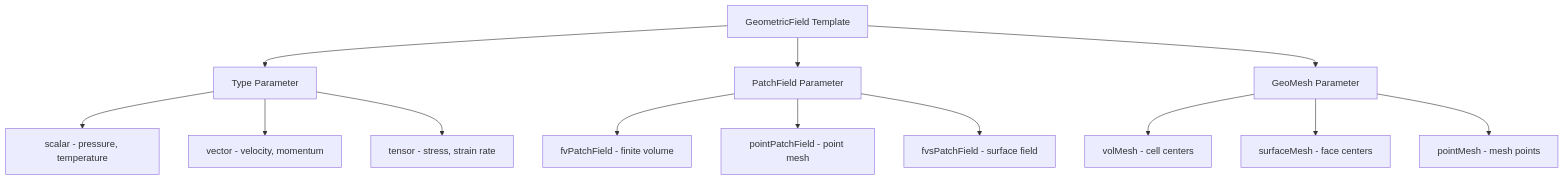
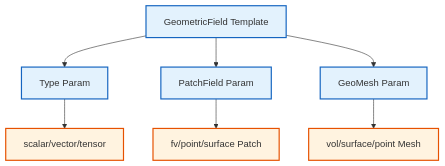
The second of 4 diagrams in MODULE_05_OPENFOAM_PROGRAMMING/CONTENT/07_TIME_DATABASES/07_Summary_and_Exercises.md (wramet/build-my-cfd), drawn with Mermaid before and after one commit. The commit also changed other lines of this file and 313 other files, not shown here.

Commit message:
Revise all diagram

````diff
--- a/MODULE_05_OPENFOAM_PROGRAMMING/CONTENT/07_TIME_DATABASES/07_Summary_and_Exercises.md
+++ b/MODULE_05_OPENFOAM_PROGRAMMING/CONTENT/07_TIME_DATABASES/07_Summary_and_Exercises.md
@@ -44,18 +35,13 @@
 ```mermaid
 flowchart TD
-    A[GeometricField Template] --> B[Type Parameter]
-    A --> C[PatchField Parameter]
-    A --> D[GeoMesh Parameter]
-
-    B --> B1[scalar - pressure, temperature]
-    B --> B2[vector - velocity, momentum]
-    B --> B3[tensor - stress, strain rate]
-
-    C --> C1[fvPatchField - finite volume]
-    C --> C2[pointPatchField - point mesh]
-    C --> C3[fvsPatchField - surface field]
-
-    D --> D1[volMesh - cell centers]
-    D --> D2[surfaceMesh - face centers]
-    D --> D3[pointMesh - mesh points]
+%% Classes
+classDef explicit fill:#fff3e0,stroke:#e65100,stroke-width:2px;
+classDef implicit fill:#e3f2fd,stroke:#1565c0,stroke-width:2px;
+%% Nodes
+A[GeometricField Template]:::implicit --> B[Type Param]:::implicit
+A --> C[PatchField Param]:::implicit
+A --> D[GeoMesh Param]:::implicit
+B --> B1[scalar/vector/tensor]:::explicit
+C --> C1[fv/point/surface Patch]:::explicit
+D --> D1[vol/surface/point Mesh]:::explicit
 ```
````
